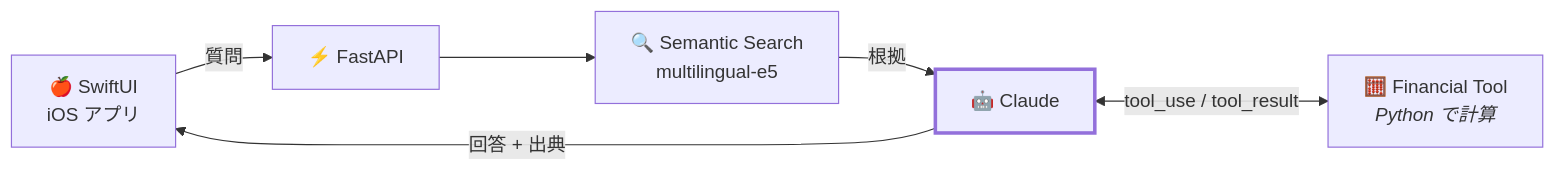
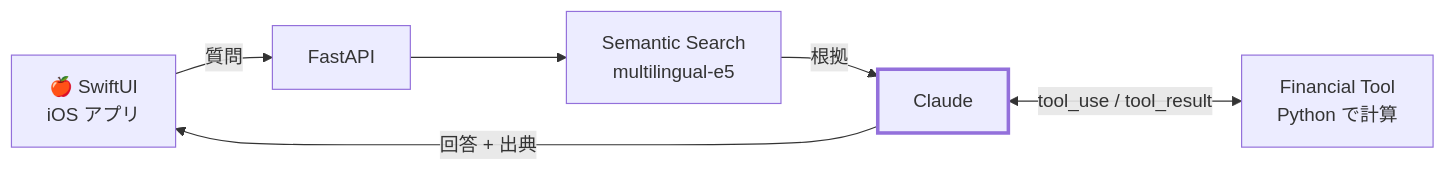
One commit to yossibank/investment-research-copilot changed the diagram in README.md. Above: the diagram before and after it, drawn with Mermaid. The commit also changed other lines of this file and 2 other files, not shown here.

Commit message:
docs: apply shared markdown conventions to README, CLAUDE.md and evaluation notes

````diff
--- a/README.md
+++ b/README.md
@@ -29,12 +29,12 @@
 ```mermaid
 flowchart LR
     IOS["🍎 SwiftUI<br/>iOS アプリ"]
-    API["⚡ FastAPI"]
-    SEARCH["🔍 Semantic Search<br/>multilingual-e5"]
-    LLM["🤖 Claude"]
-    TOOL["🧮 Financial Tool<br/><i>Python で計算</i>"]
+    API["FastAPI"]
+    SEARCH["Semantic Search<br/>multilingual-e5"]
+    LLM["Claude"]
+    TOOL["Financial Tool<br/>Python で計算"]
     IOS -->|"質問"| API --> SEARCH -->|"根拠"| LLM
     LLM <-->|"tool_use / tool_result"| TOOL
     LLM -->|"回答 + 出典"| IOS
     style LLM stroke-width:3px
 ```
````
